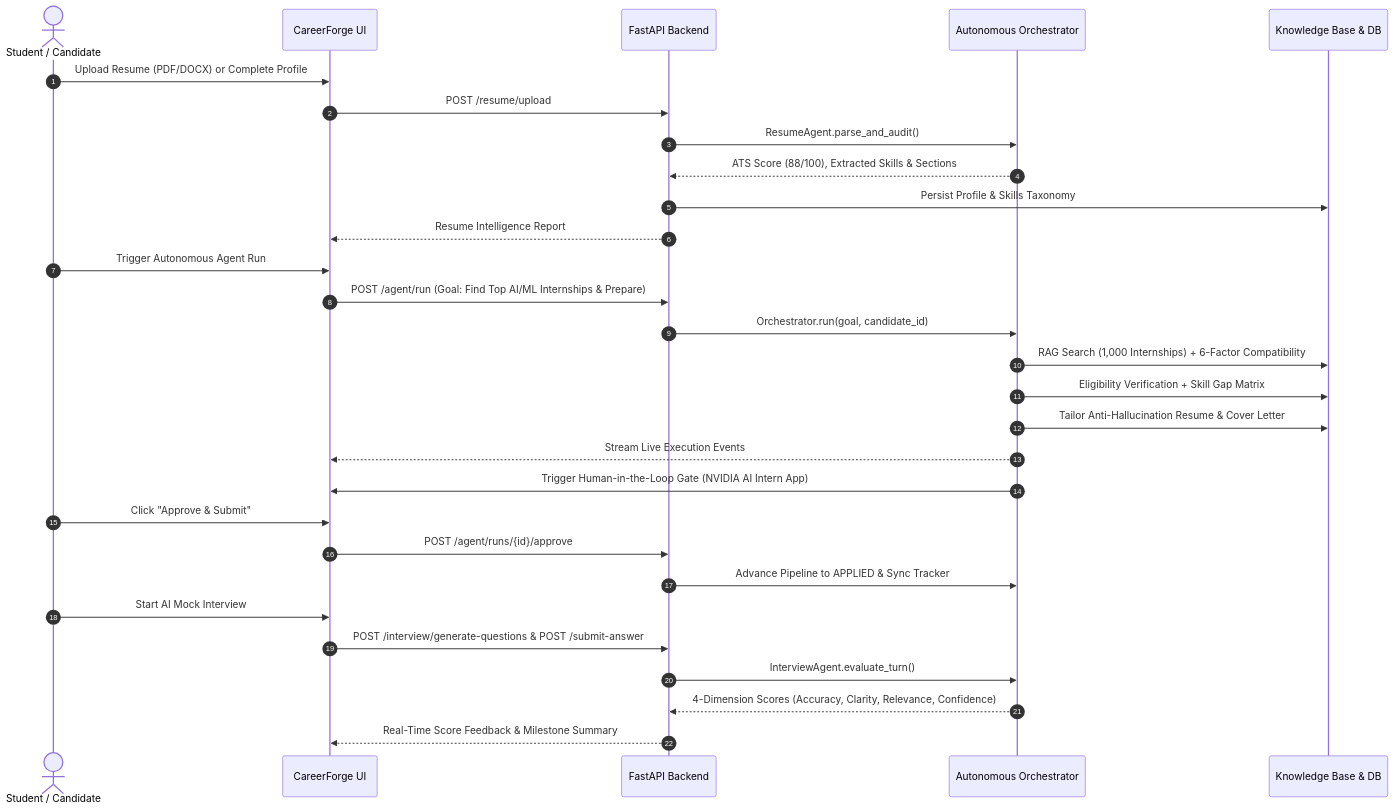
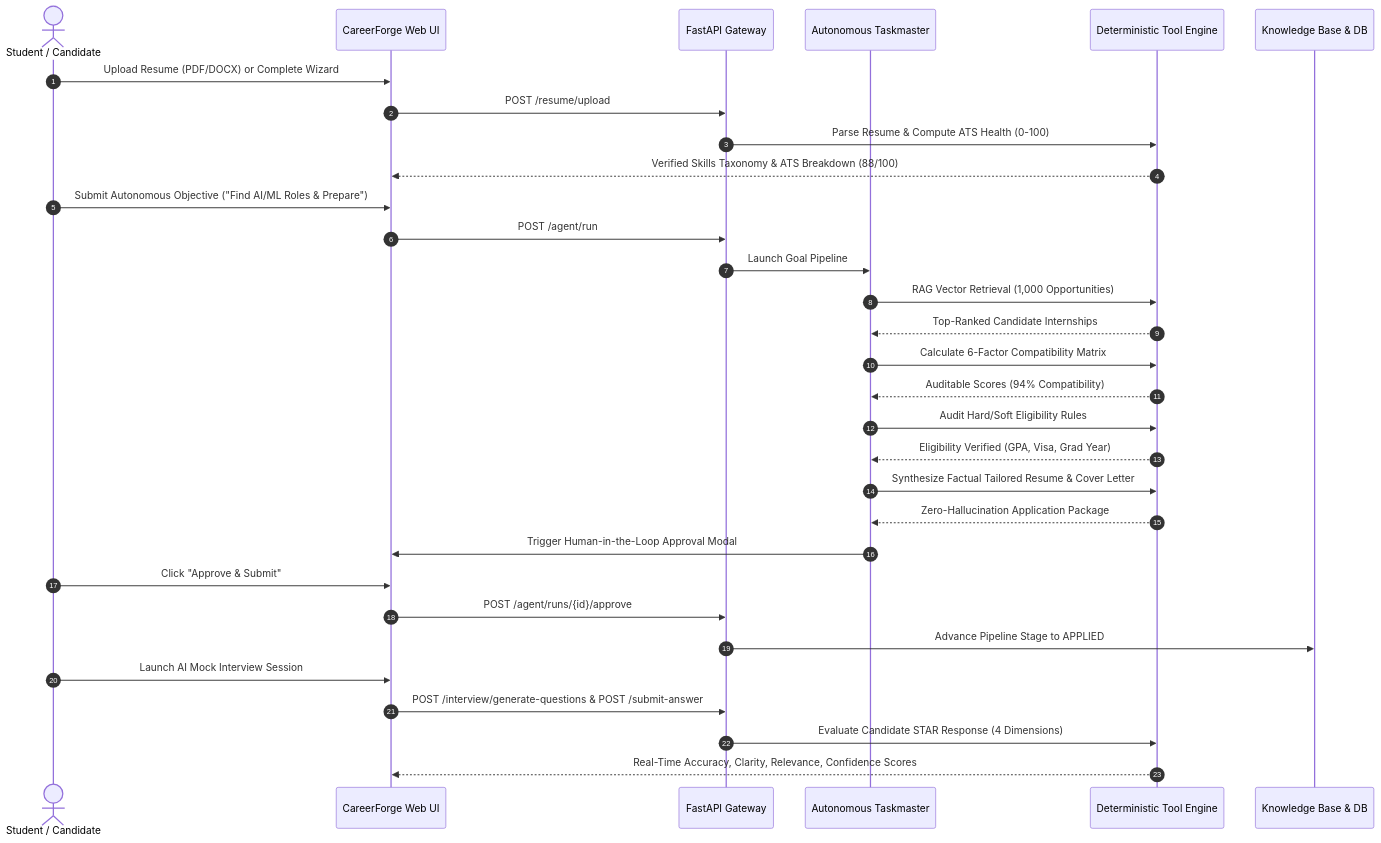
One commit to deepbisen-06/CareerForge-AI changed the third of 4 diagrams in README.md. Above: the diagram before and after it, drawn with Mermaid. The commit also changed other lines of this file, not shown here.

````diff
--- a/README.md
+++ b/README.md
@@ -163,35 +165,41 @@
 ```mermaid
 sequenceDiagram
     autonumber
     actor Candidate as Student / Candidate
-    participant UI as CareerForge UI
-    participant Server as FastAPI Backend
-    participant Agents as Autonomous Orchestrator
+    participant UI as CareerForge Web UI
+    participant Gateway as FastAPI Gateway
+    participant Agent as Autonomous Taskmaster
+    participant Engine as Deterministic Tool Engine
     participant DB as Knowledge Base & DB
 
-    Candidate->>UI: Upload Resume (PDF/DOCX) or Complete Profile
-    UI->>Server: POST /resume/upload
-    Server->>Agents: ResumeAgent.parse_and_audit()
-    Agents-->>Server: ATS Score (88/100), Extracted Skills & Sections
-    Server->>DB: Persist Profile & Skills Taxonomy
-    Server-->>UI: Resume Intelligence Report
+    Candidate->>UI: Upload Resume (PDF/DOCX) or Complete Wizard
+    UI->>Gateway: POST /resume/upload
+    Gateway->>Engine: Parse Resume & Compute ATS Health (0-100)
+    Engine-->>UI: Verified Skills Taxonomy & ATS Breakdown (88/100)
 
-    Candidate->>UI: Trigger Autonomous Agent Run
-    UI->>Server: POST /agent/run (Goal: Find Top AI/ML Internships & Prepare)
-    Server->>Agents: Orchestrator.run(goal, candidate_id)
-    Agents->>DB: RAG Search (1,000 Internships) + 6-Factor Compatibility
-    Agents->>DB: Eligibility Verification + Skill Gap Matrix
-    Agents->>DB: Tailor Anti-Hallucination Resume & Cover Letter
-    Agents-->>UI: Stream Live Execution Events
-
-    Agents->>UI: Trigger Human-in-the-Loop Gate (NVIDIA AI Intern App)
+    Candidate->>UI: Submit Autonomous Objective ("Find AI/ML Roles & Prepare")
+    UI->>Gateway: POST /agent/run
+    Gateway->>Agent: Launch Goal Pipeline
+    
+    Agent->>Engine: RAG Vector Retrieval (1,000 Opportunities)
+    Engine-->>Agent: Top-Ranked Candidate Internships
+    
+    Agent->>Engine: Calculate 6-Factor Compatibility Matrix
+    Engine-->>Agent: Auditable Scores (94% Compatibility)
+    
+    Agent->>Engine: Audit Hard/Soft Eligibility Rules
+    Engine-->>Agent: Eligibility Verified (GPA, Visa, Grad Year)
+    
+    Agent->>Engine: Synthesize Factual Tailored Resume & Cover Letter
+    Engine-->>Agent: Zero-Hallucination Application Package
+    
+    Agent->>UI: Trigger Human-in-the-Loop Approval Modal
     Candidate->>UI: Click "Approve & Submit"
-    UI->>Server: POST /agent/runs/{id}/approve
-    Server->>Agents: Advance Pipeline to APPLIED & Sync Tracker
-
-    Candidate->>UI: Start AI Mock Interview
-    UI->>Server: POST /interview/generate-questions & POST /submit-answer
-    Server->>Agents: InterviewAgent.evaluate_turn()
-    Agents-->>Server: 4-Dimension Scores (Accuracy, Clarity, Relevance, Confidence)
-    Server-->>UI: Real-Time Score Feedback & Milestone Summary
+    UI->>Gateway: POST /agent/runs/{id}/approve
+    Gateway->>DB: Advance Pipeline Stage to APPLIED
+    
+    Candidate->>UI: Launch AI Mock Interview Session
+    UI->>Gateway: POST /interview/generate-questions & POST /submit-answer
+    Gateway->>Engine: Evaluate Candidate STAR Response (4 Dimensions)
+    Engine-->>UI: Real-Time Accuracy, Clarity, Relevance, Confidence Scores
 ```
````
